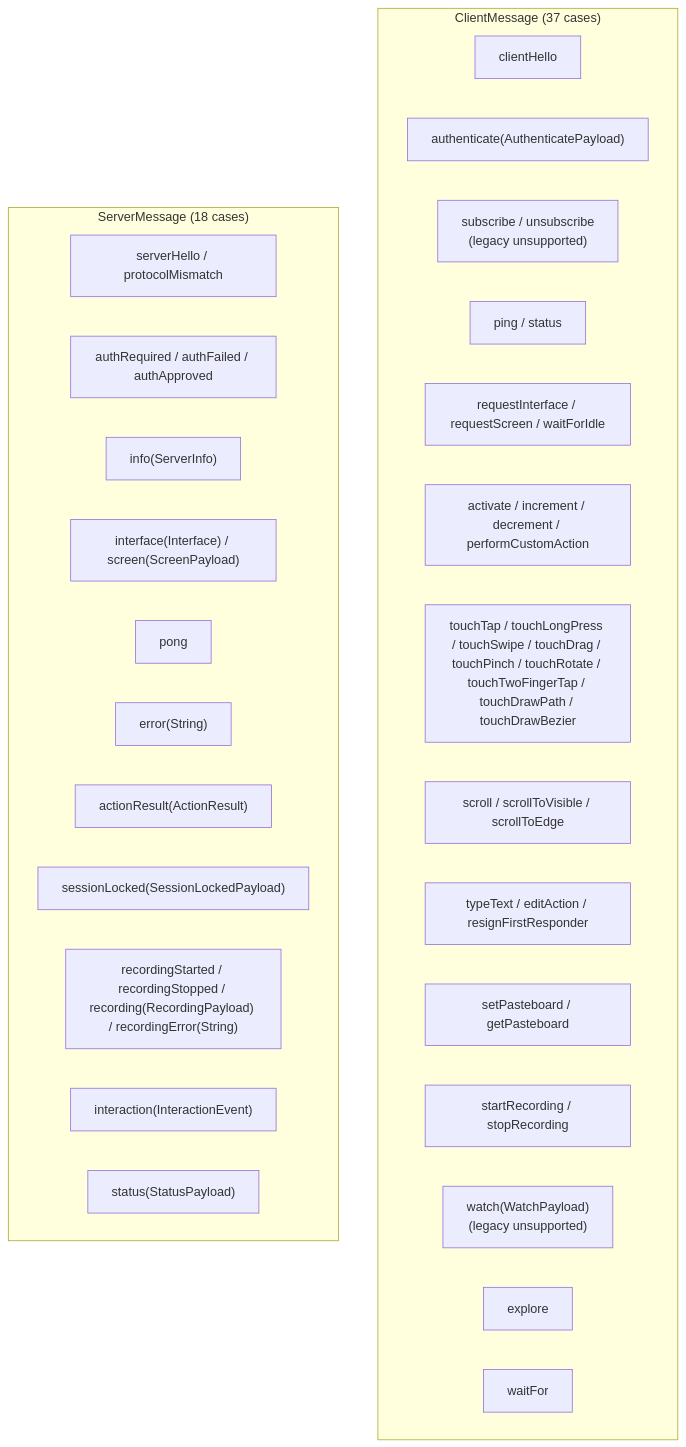
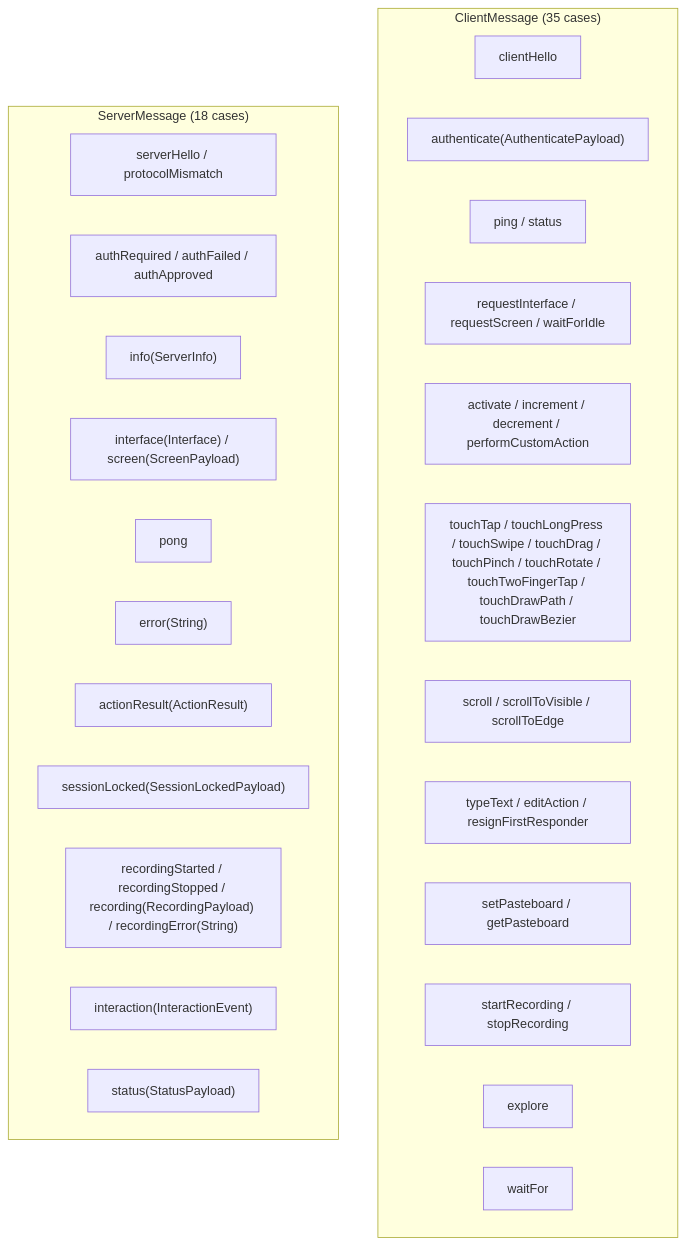
The second of 7 diagrams in docs/dossiers/18-THESCORE.md (RoyalPineapple/TheButtonHeist), drawn with Mermaid before and after one commit. The commit also changed other lines of this file and 17 other files, not shown here.

````diff
--- a/docs/dossiers/18-THESCORE.md
+++ b/docs/dossiers/18-THESCORE.md
@@ -81,33 +80,31 @@
 ```mermaid
 graph TD
-    subgraph ClientMessages["ClientMessage (37 cases)"]
+    subgraph ClientMessages["ClientMessage (35 cases)"]
         Hello["clientHello"]
         Auth["authenticate(AuthenticatePayload)"]
-        Sub["subscribe / unsubscribe<br/>(legacy unsupported)"]
         Ping["ping / status"]
         Query["requestInterface / requestScreen / waitForIdle"]
         Actions["activate / increment / decrement / performCustomAction"]
         Touch["touchTap / touchLongPress / touchSwipe / touchDrag / touchPinch / touchRotate / touchTwoFingerTap / touchDrawPath / touchDrawBezier"]
         Scroll["scroll / scrollToVisible / scrollToEdge"]
         Text["typeText / editAction / resignFirstResponder"]
         Pasteboard["setPasteboard / getPasteboard"]
         Recording["startRecording / stopRecording"]
-        Watch["watch(WatchPayload)<br/>(legacy unsupported)"]
         Explore["explore"]
         WaitFor["waitFor"]
     end
 
     subgraph ServerMessages["ServerMessage (18 cases)"]
         HelloResp["serverHello / protocolMismatch"]
         AuthResp["authRequired / authFailed / authApproved"]
         Info["info(ServerInfo)"]
         Data["interface(Interface) / screen(ScreenPayload)"]
         Pong["pong"]
         Error["error(String)"]
         Action["actionResult(ActionResult)"]
         Session["sessionLocked(SessionLockedPayload)"]
         Rec["recordingStarted / recordingStopped / recording(RecordingPayload) / recordingError(String)"]
         Interaction["interaction(InteractionEvent)"]
         Status["status(StatusPayload)"]
     end
 ```
````
